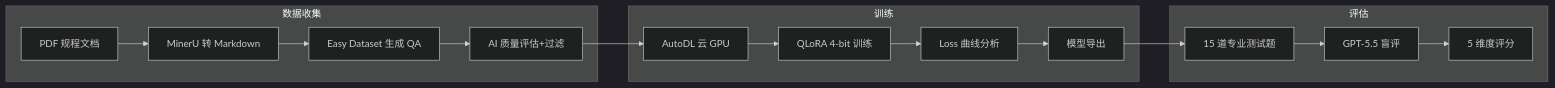
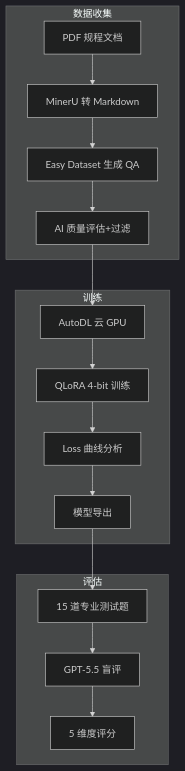
Before and after one commit to FateDefier/MineSafety-LLM-QLoRA: the diagram in README.md, drawn with Mermaid (dark theme).

Commit message:
Change Mermaid flowchart from horizontal to vertical layout

````diff
--- a/README.md
+++ b/README.md
@@ -45,19 +45,19 @@
 ```mermaid
-graph LR
+graph TB
     subgraph 数据收集
         A[PDF 规程文档] --> B[MinerU 转 Markdown]
         B --> C[Easy Dataset 生成 QA]
         C --> D[AI 质量评估+过滤]
     end
     subgraph 训练
         E[AutoDL 云 GPU] --> F[QLoRA 4-bit 训练]
         F --> G[Loss 曲线分析]
         G --> H[模型导出]
     end
     subgraph 评估
         I[15 道专业测试题] --> J[GPT-5.5 盲评]
         J --> K[5 维度评分]
     end
     D --> E
     H --> I
 ```
````
